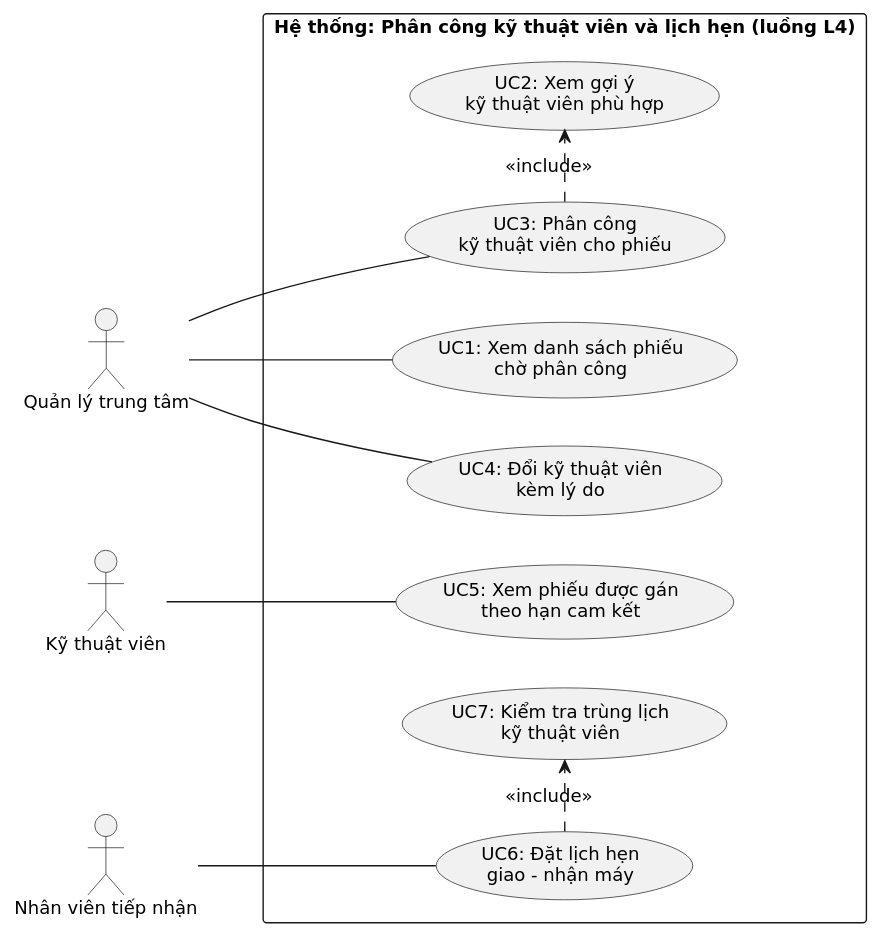
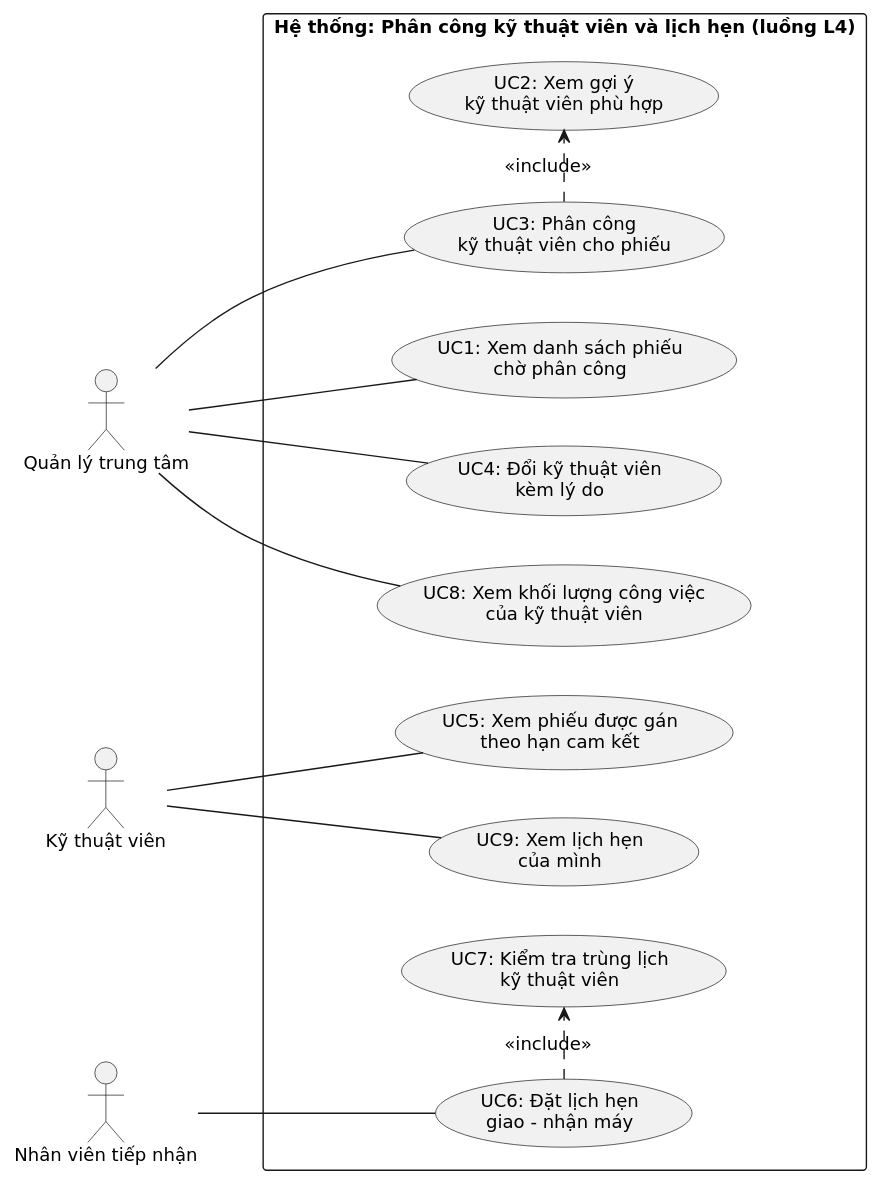
The diagram in docs/usecase.puml (WangTWang/cdtn1-tranquocvuong-l4), drawn with PlantUML before and after one commit. The commit also changed 6 other files, not shown here.

```diff
--- a/docs/usecase.puml
+++ b/docs/usecase.puml
@@ -1,29 +1,33 @@
 @startuml
 skinparam defaultFontName "DejaVu Sans"
 skinparam defaultFontSize 13
 left to right direction
 skinparam packageStyle rectangle
 
 actor "Quản lý trung tâm" as QLTT
 actor "Kỹ thuật viên" as KTV
 actor "Nhân viên tiếp nhận" as NVTN
 
 rectangle "Hệ thống: Phân công kỹ thuật viên và lịch hẹn (luồng L4)" {
   usecase "UC1: Xem danh sách phiếu\nchờ phân công" as UC1
   usecase "UC2: Xem gợi ý\nkỹ thuật viên phù hợp" as UC2
   usecase "UC3: Phân công\nkỹ thuật viên cho phiếu" as UC3
   usecase "UC4: Đổi kỹ thuật viên\nkèm lý do" as UC4
   usecase "UC5: Xem phiếu được gán\ntheo hạn cam kết" as UC5
   usecase "UC6: Đặt lịch hẹn\ngiao – nhận máy" as UC6
   usecase "UC7: Kiểm tra trùng lịch\nkỹ thuật viên" as UC7
+  usecase "UC8: Xem khối lượng công việc\ncủa kỹ thuật viên" as UC8
+  usecase "UC9: Xem lịch hẹn\ncủa mình" as UC9
 
   UC3 .> UC2 : <<include>>
   UC6 .> UC7 : <<include>>
 }
 
 QLTT -- UC1
 QLTT -- UC3
 QLTT -- UC4
+QLTT -- UC8
 KTV -- UC5
+KTV -- UC9
 NVTN -- UC6
 @enduml
```
